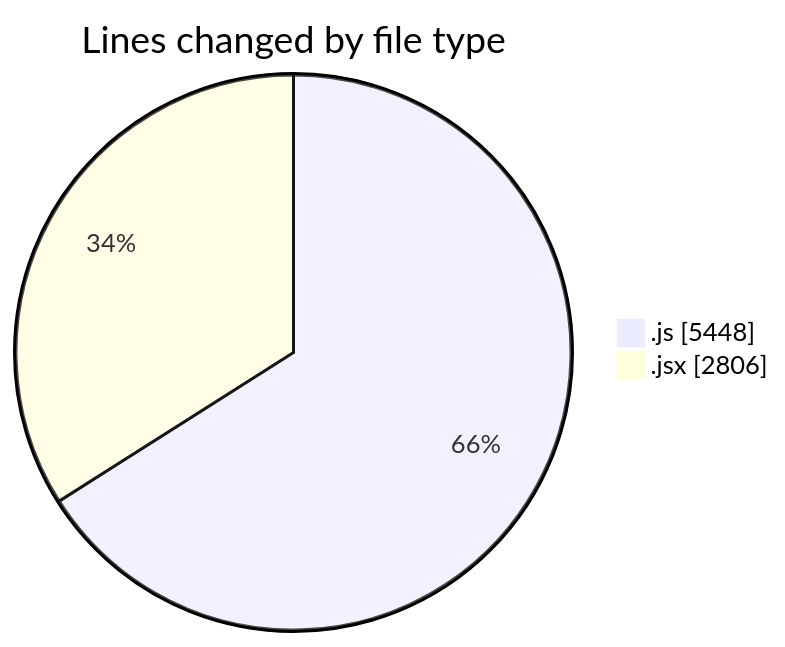
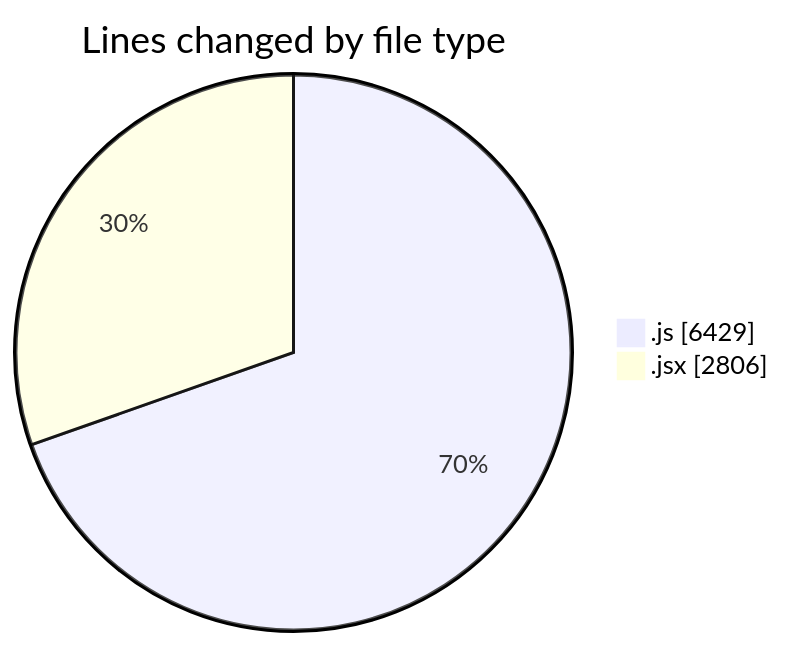
Before and after one commit to nxtqubesakshisongat/code-tracking: the first of 2 diagrams in 2025-09-26/nxtqube_webapp/README.md, drawn with Mermaid. The commit also changed other lines of this file and 1 other file, not shown here.

````diff
--- a/2025-09-26/nxtqube_webapp/README.md
+++ b/2025-09-26/nxtqube_webapp/README.md
@@ -23,6 +23,6 @@
 ```mermaid
 pie showData
 title Lines changed by file type
-".js" : 5448
+".js" : 6429
 ".jsx" : 2806
 ```
````
